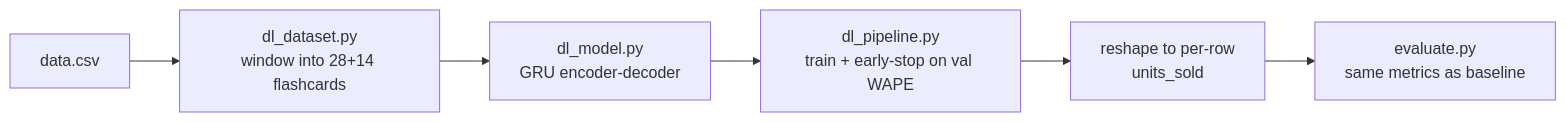
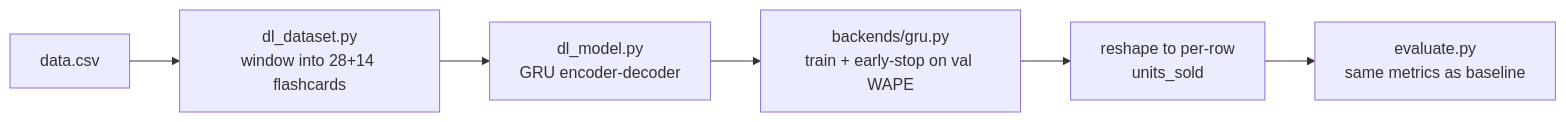
One commit to sush4nt/time-series-forecasting changed the first of 2 diagrams in gru-model-training-and-evaluation.md. Above: the diagram before and after it, drawn with Mermaid. The commit also changed other lines of this file and 16 other files, not shown here.

````diff
--- a/gru-model-training-and-evaluation.md
+++ b/gru-model-training-and-evaluation.md
@@ -16,8 +16,8 @@
 ```mermaid
 flowchart LR
     A[data.csv] --> B[dl_dataset.py<br/>window into 28+14 flashcards]
     B --> C[dl_model.py<br/>GRU encoder-decoder]
-    C --> D[dl_pipeline.py<br/>train + early-stop on val WAPE]
+    C --> D[backends/gru.py<br/>train + early-stop on val WAPE]
     D --> E[reshape to per-row<br/>units_sold]
     E --> F[evaluate.py<br/>same metrics as baseline]
 ```
````
